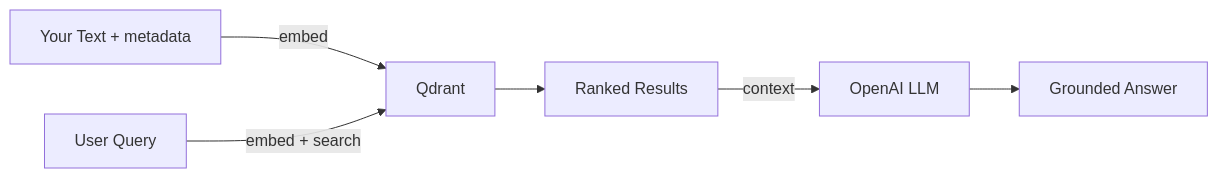
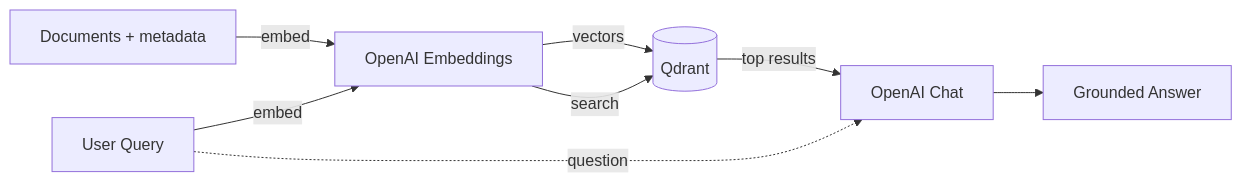
Before and after one commit to PeterMilovcik/Qdrant.Demo: the diagram in README.md, drawn with Mermaid.

Commit message:
docs: update flowchart in README to clarify data flow and embedding process

````diff
--- a/README.md
+++ b/README.md
@@ -5,8 +5,10 @@
 ```mermaid
 flowchart LR
-    T["Your Text + metadata"] -->|embed| QD["Qdrant"]
-    UQ["User Query"] -->|embed + search| QD
-    QD --> R["Ranked Results"]
-    R -->|context| LLM["OpenAI LLM"]
+    T["Documents + metadata"] -->|embed| EMB["OpenAI Embeddings"]
+    EMB -->|vectors| QD[("Qdrant")]
+    UQ["User Query"] -->|embed| EMB
+    EMB -->|search| QD
+    QD -->|top results| LLM["OpenAI Chat"]
+    UQ -.->|question| LLM
     LLM --> A["Grounded Answer"]
 ```
````
